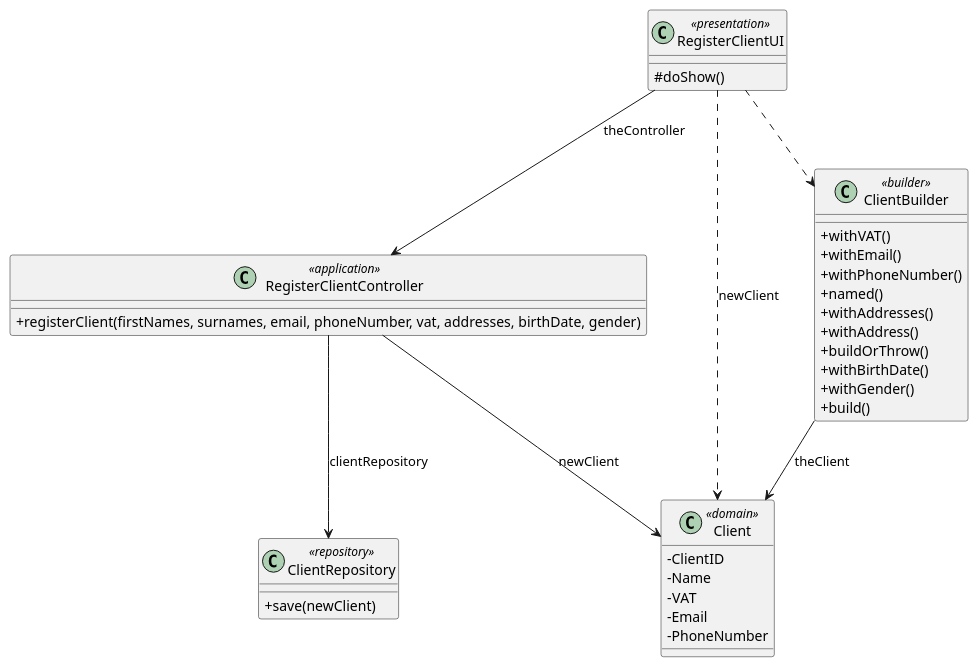
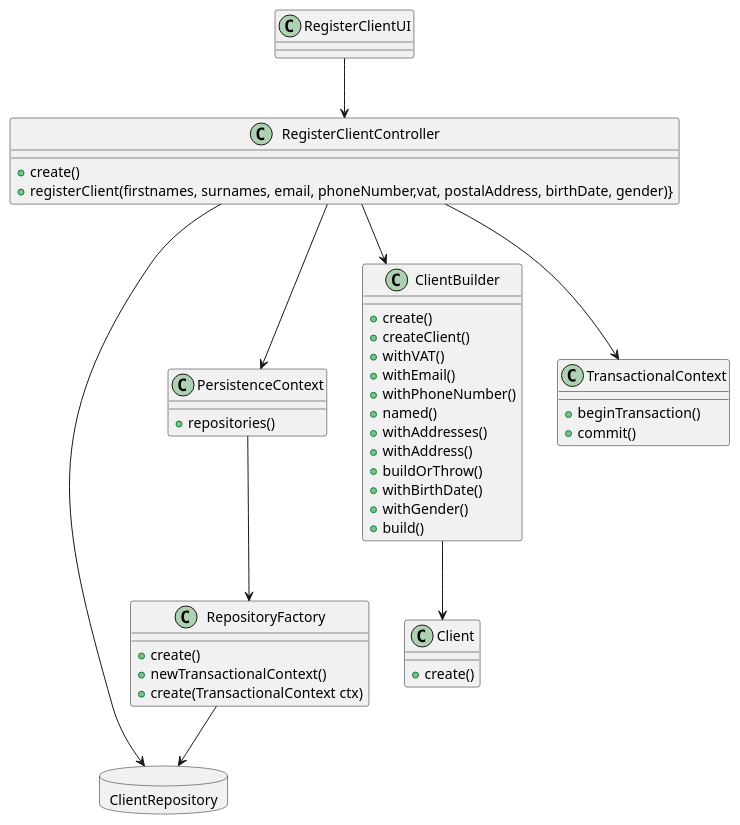
Before and after one commit to ana-albergaria/LAPR4-ISEP: the diagram in docs/1201518/US1003/CD_Client.puml, drawn with PlantUML. The commit also changed 3 other files, not shown here.

```diff
--- a/docs/1201518/US1003/CD_Client.puml
+++ b/docs/1201518/US1003/CD_Client.puml
@@ -1,61 +1,62 @@
 @startuml
-skinparam classAttributeIconSize 0
-
-
-class RegisterClientUI <<presentation>>
-class RegisterClientController <<application>>
-class Client <<domain>>
-class ClientRepository <<repository>>
-class ClientBuilder <<builder>>
-
-class Client {
-- ClientID
-- Name
-- VAT
-- Email
-- PhoneNumber
+class RegisterClientUI{
 }
 
-class ClientRepository{
-+save(newClient)
+class RegisterClientController{
++create()
++registerClient(firstnames, surnames, email, phoneNumber,vat, postalAddress, birthDate, gender)}
 }
 
 
-class ClientBuilder {
+class PersistenceContext{
++repositories()
+}
+
+class RepositoryFactory{
++create()
++newTransactionalContext()
++create(TransactionalContext ctx)
+}
+
+database ClientRepository{
+}
+
+class Client{
++create()
+}
+
+class ClientBuilder{
++create()
++createClient()
 +withVAT()
 +withEmail()
 +withPhoneNumber()
 +named()
 +withAddresses()
 +withAddress()
 +buildOrThrow()
 +withBirthDate()
 +withGender()
 +build()
 }
 
+class TransactionalContext{
++beginTransaction()
++commit()
+}
 
 
+RegisterClientUI --> RegisterClientController
 
+RegisterClientController-->ClientBuilder
+RegisterClientController -->PersistenceContext
+RegisterClientController -->TransactionalContext
+RegisterClientController-->ClientRepository
 
-class RegisterClientController {
-  +registerClient(firstNames, surnames, email, phoneNumber, vat, addresses, birthDate, gender)
-}
+ClientBuilder --> Client
 
-class RegisterClientUI {
-    #doShow()
+PersistenceContext -->RepositoryFactory
 
-}
-
-RegisterClientUI --> RegisterClientController : theController
-RegisterClientController --> Client : newClient
-RegisterClientController --> ClientRepository : clientRepository
-
-
-
-RegisterClientUI ..> Client : newClient
-
-ClientBuilder --> Client : theClient
-RegisterClientUI ..> ClientBuilder
+RepositoryFactory -->ClientRepository
 
 @enduml
```
